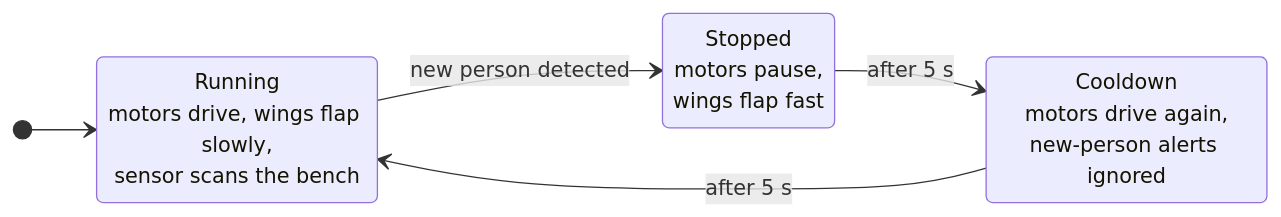
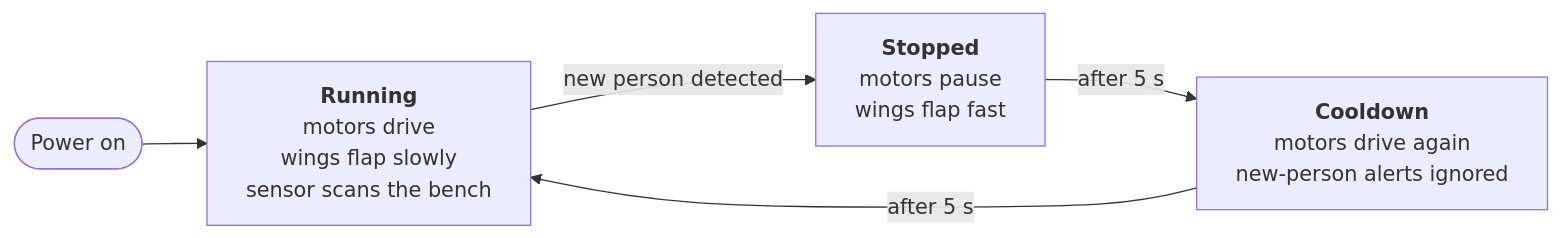
The first of 4 diagrams in README.md (SebastiaanVryens/bench-watcher), drawn with Mermaid before and after one commit. The commit also changed other lines of this file, not shown here.

````diff
--- a/README.md
+++ b/README.md
@@ -45,12 +45,11 @@
 ```mermaid
-stateDiagram-v2
-    direction LR
-    [*] --> Running
-    Running --> Stopped : new person detected
-    Stopped --> Cooldown : after 5 s
-    Cooldown --> Running : after 5 s
-
-    Running : Running<br/>motors drive, wings flap slowly,<br/>sensor scans the bench
-    Stopped : Stopped<br/>motors pause,<br/>wings flap fast
-    Cooldown : Cooldown<br/>motors drive again,<br/>new-person alerts ignored
+%%{init: {"flowchart": {"wrappingWidth": 400}}}%%
+flowchart LR
+    on([Power on]) --> R
+    R["<b>Running</b><br/>motors drive<br/>wings flap slowly<br/>sensor scans the bench"]
+    S["<b>Stopped</b><br/>motors pause<br/>wings flap fast"]
+    C["<b>Cooldown</b><br/>motors drive again<br/>new-person alerts ignored"]
+    R -- new person detected --> S
+    S -- after 5 s --> C
+    C -- after 5 s --> R
 ```
````
